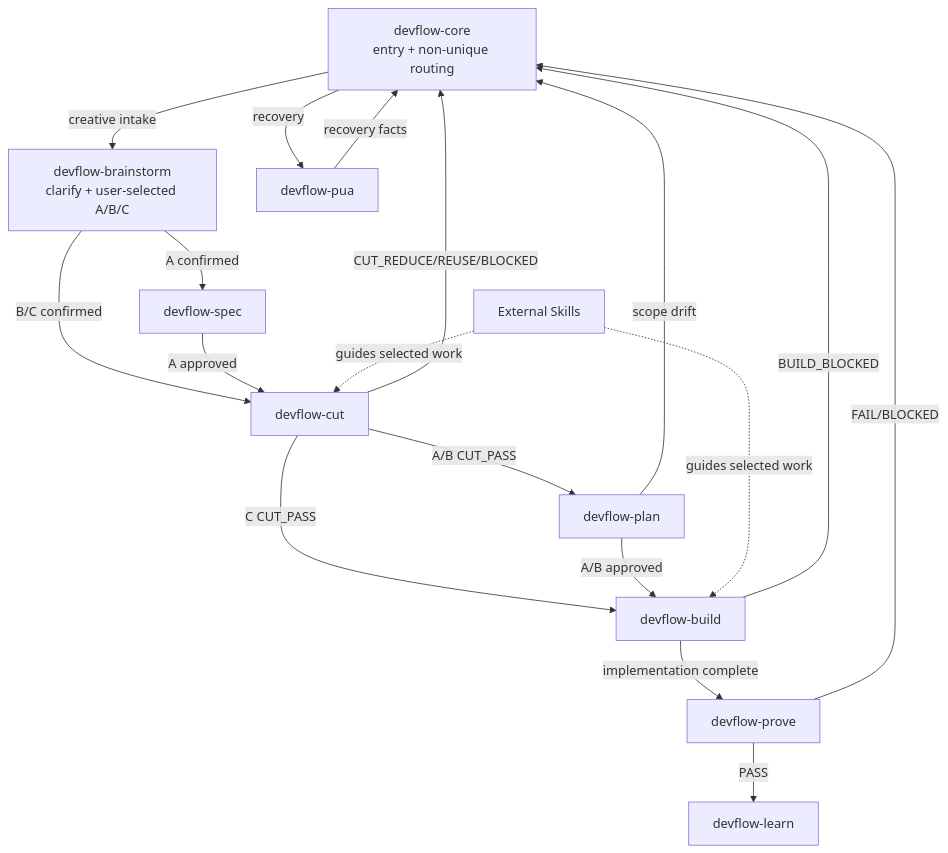
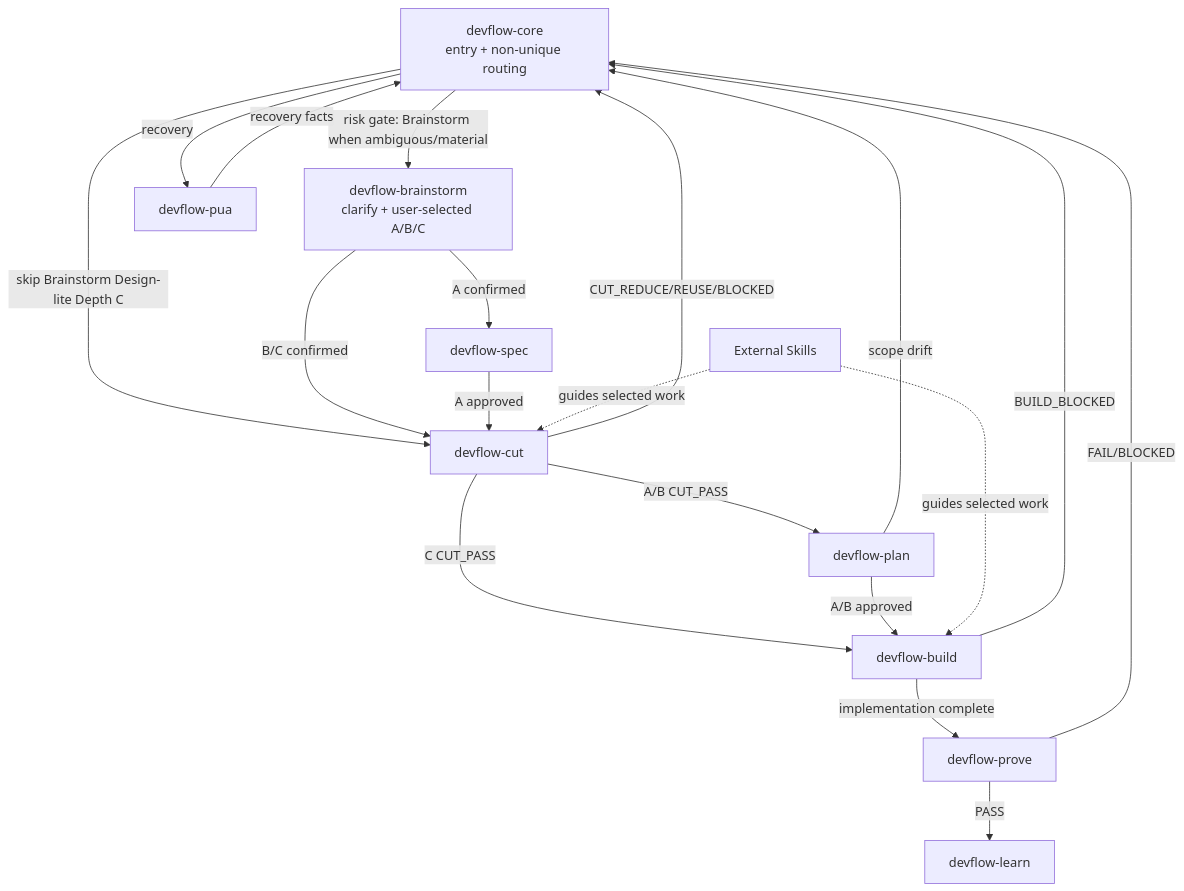
Before and after one commit to huangwen-changdu/DevFlow-Core: the diagram in skills/skill-call-diagram.md, drawn with Mermaid. The commit also changed other lines of this file and 62 other files, not shown here.

````diff
--- a/skills/skill-call-diagram.md
+++ b/skills/skill-call-diagram.md
@@ -3,32 +3,33 @@
 ```mermaid
 graph TD
     CORE["devflow-core<br/>entry + non-unique routing"]
     BRAIN["devflow-brainstorm<br/>clarify + user-selected A/B/C"]
     SPEC["devflow-spec"]
     CUT["devflow-cut"]
     PLAN["devflow-plan"]
     BUILD["devflow-build"]
     PROVE["devflow-prove"]
     PUA["devflow-pua"]
     LEARN["devflow-learn"]
     EXT["External Skills"]
 
-    CORE -->|"creative intake"| BRAIN
+    CORE -->|"risk gate: Brainstorm when ambiguous/material"| BRAIN
+    CORE -->|"skip Brainstorm Design-lite Depth C"| CUT
     BRAIN -->|"A confirmed"| SPEC
     BRAIN -->|"B/C confirmed"| CUT
     SPEC -->|"A approved"| CUT
     CUT -->|"A/B CUT_PASS"| PLAN
     CUT -->|"C CUT_PASS"| BUILD
     PLAN -->|"A/B approved"| BUILD
     BUILD -->|"implementation complete"| PROVE
     PROVE -->|"PASS"| LEARN
 
     CUT -->|"CUT_REDUCE/REUSE/BLOCKED"| CORE
     PLAN -->|"scope drift"| CORE
     BUILD -->|"BUILD_BLOCKED"| CORE
     PROVE -->|"FAIL/BLOCKED"| CORE
     PUA -->|"recovery facts"| CORE
     CORE -->|"recovery"| PUA
     EXT -.->|"guides selected work"| CUT
     EXT -.->|"guides selected work"| BUILD
 ```
````
